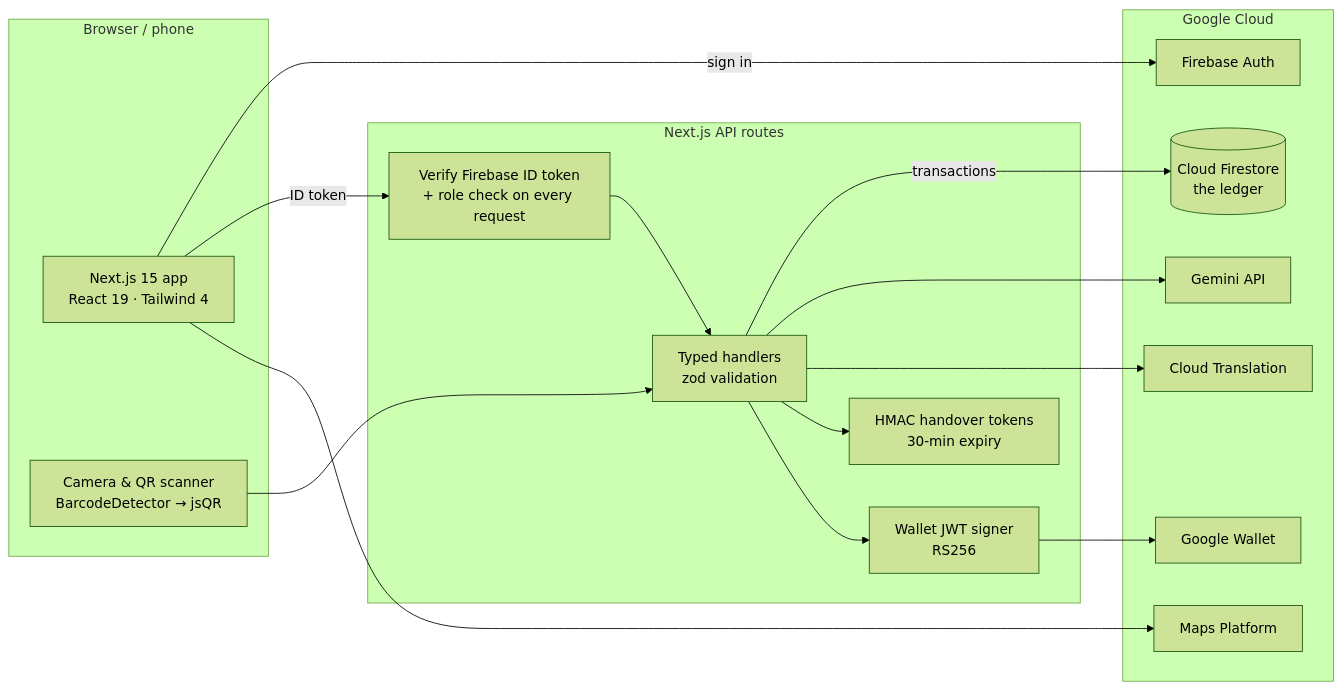
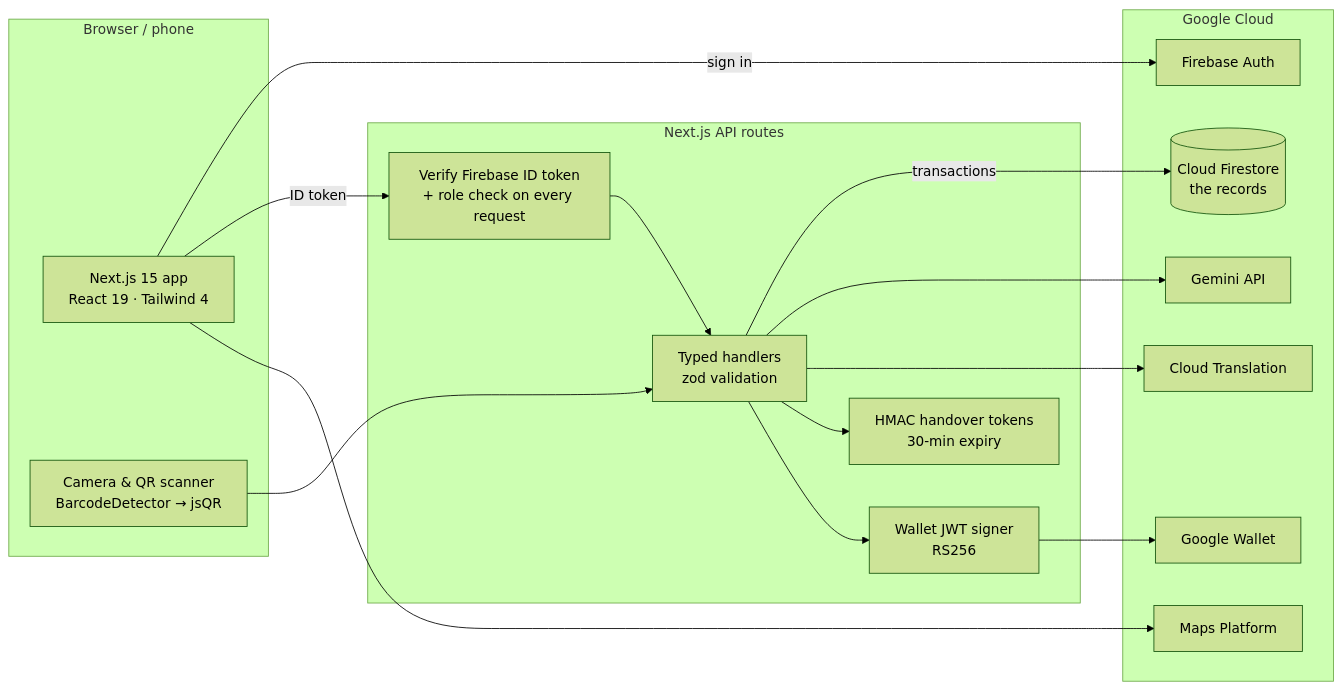
One commit to EsBazza/HeriTech-WebApp changed the diagram in README.md. Above: the diagram before and after it, drawn with Mermaid (forest theme). The commit also changed other lines of this file and 26 other files, not shown here.

````diff
--- a/README.md
+++ b/README.md
@@ -174,33 +174,33 @@
 ```mermaid
 flowchart LR
     subgraph Client["Browser / phone"]
         UI["Next.js 15 app<br/>React 19 · Tailwind 4"]
         CAM["Camera & QR scanner<br/>BarcodeDetector → jsQR"]
     end
 
     subgraph Server["Next.js API routes"]
         AUTH["Verify Firebase ID token<br/>+ role check on every request"]
         API["Typed handlers<br/>zod validation"]
         TOK["HMAC handover tokens<br/>30-min expiry"]
         WAL["Wallet JWT signer<br/>RS256"]
     end
 
     subgraph Google["Google Cloud"]
         FA["Firebase Auth"]
-        FS[("Cloud Firestore<br/>the ledger")]
+        FS[("Cloud Firestore<br/>the records")]
         GM["Gemini API"]
         MAPS["Maps Platform"]
         GT["Cloud Translation"]
         GW["Google Wallet"]
     end
 
     UI -- sign in --> FA
     UI -- ID token --> AUTH --> API
     CAM --> API
     API -- transactions --> FS
     API --> GM
     API --> GT
     API --> TOK
     API --> WAL --> GW
     UI --> MAPS
 ```
````
